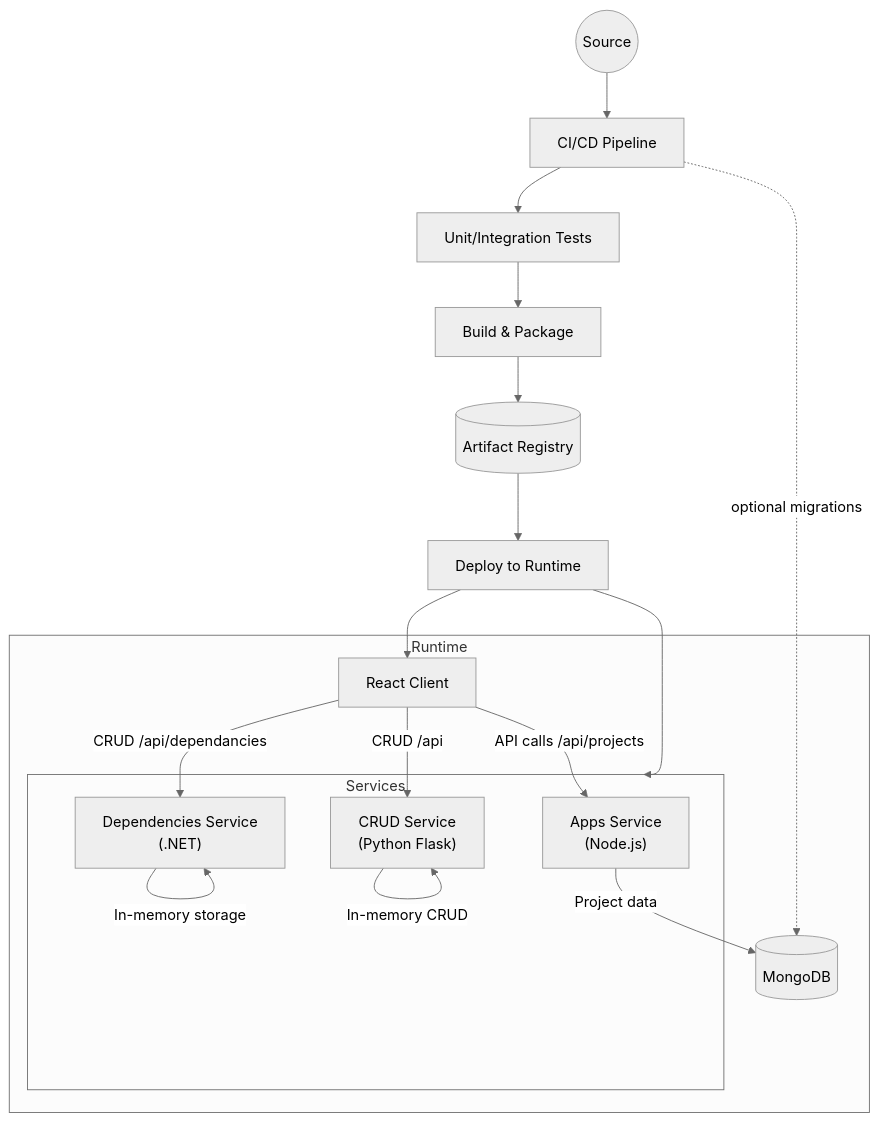
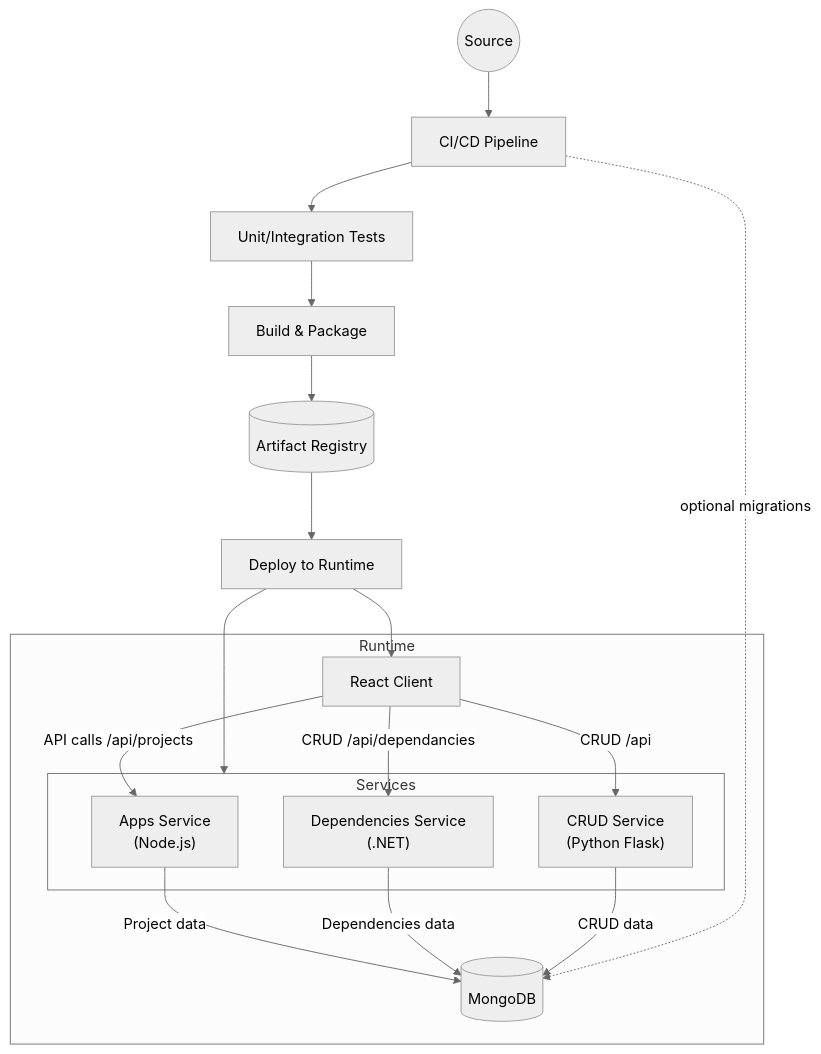
Before and after one commit to koydas/fullstack-pilot: the diagram in docs/ARCHITECTURE.md, drawn with Mermaid (neutral theme). The commit also changed other lines of this file and 1 other file, not shown here.

Commit message:
Document MongoDB usage across all services

````diff
--- a/docs/ARCHITECTURE.md
+++ b/docs/ARCHITECTURE.md
@@ -3,31 +3,31 @@
 ```mermaid
 flowchart TD
     Developer((Source)) --> CI[CI/CD Pipeline]
     CI --> Tests[Unit/Integration Tests]
     Tests --> Build[Build & Package]
     Build --> Registry[(Artifact Registry)]
     Registry --> Deploy[Deploy to Runtime]
 
     subgraph Runtime
         Client[React Client]
         subgraph Services
             AppsService["Apps Service\n(Node.js)"]
             DotNetService["Dependencies Service\n(.NET)"]
             PythonService["CRUD Service\n(Python Flask)"]
         end
         Mongo[(MongoDB)]
     end
 
     Deploy --> Client
     Deploy --> Services
 
     Client -->|API calls /api/projects| AppsService
     Client -->|CRUD /api/dependancies| DotNetService
     Client -->|CRUD /api| PythonService
 
     AppsService -->|Project data| Mongo
-    DotNetService -->|In-memory storage| DotNetService
-    PythonService -->|In-memory CRUD| PythonService
+    DotNetService -->|Dependencies data| Mongo
+    PythonService -->|CRUD data| Mongo
 
     CI -. optional migrations .-> Mongo
 ```
````
